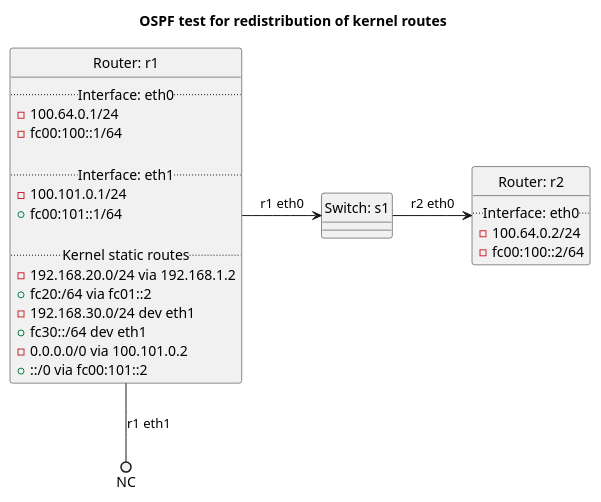
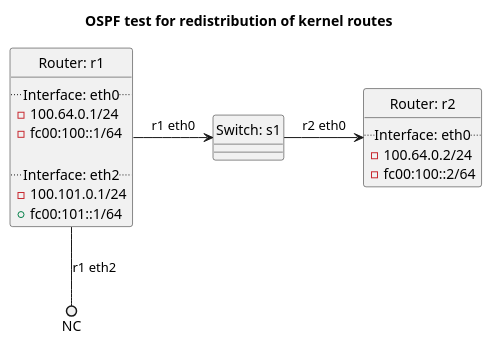
One commit to oscdev-io/birdplan changed the diagram in tests/t30_ospf/t40_redistribute_kernel/README.md. Above: the diagram before and after it, drawn with PlantUML. The commit also changed other lines of this file and 43 other files, not shown here.

````diff
--- a/tests/t30_ospf/t40_redistribute_kernel/README.md
+++ b/tests/t30_ospf/t40_redistribute_kernel/README.md
@@ -16,42 +16,34 @@
 ```plantuml
 @startuml
 hide circle
 title OSPF test for redistribution of kernel routes
 
 
 class "Router: r1" {
   .. Interface: eth0 ..
 - 100.64.0.1/24
 - fc00:100::1/64
 
-  .. Interface: eth1 ..
+  .. Interface: eth2 ..
 - 100.101.0.1/24
 + fc00:101::1/64
-
-  .. Kernel static routes ..
-- 192.168.20.0/24 via 192.168.1.2
-+ fc20:/64 via fc01::2
-- 192.168.30.0/24 dev eth1
-+ fc30::/64 dev eth1
-- 0.0.0.0/0 via 100.101.0.2
-+ ::/0 via fc00:101::2
 }
 
 
 class "Router: r2" {
   .. Interface: eth0 ..
 - 100.64.0.2/24
 - fc00:100::2/64
 }
 
 
 
 class "Switch: s1" {}
 
 
 "Router: r1" -> "Switch: s1": r1 eth0
 "Switch: s1" -> "Router: r2": r2 eth0
-"Router: r1" --() NC: r1 eth1
+"Router: r1" --() NC: r1 eth2
 
 @enduml
 ```
````
